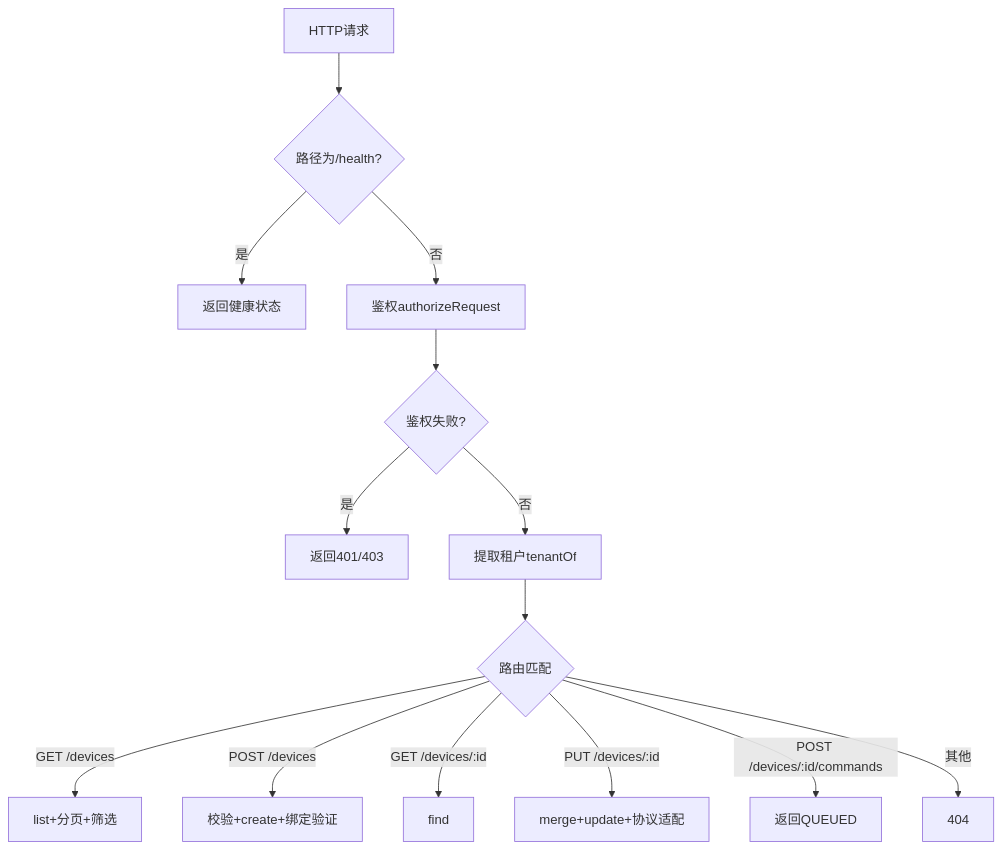
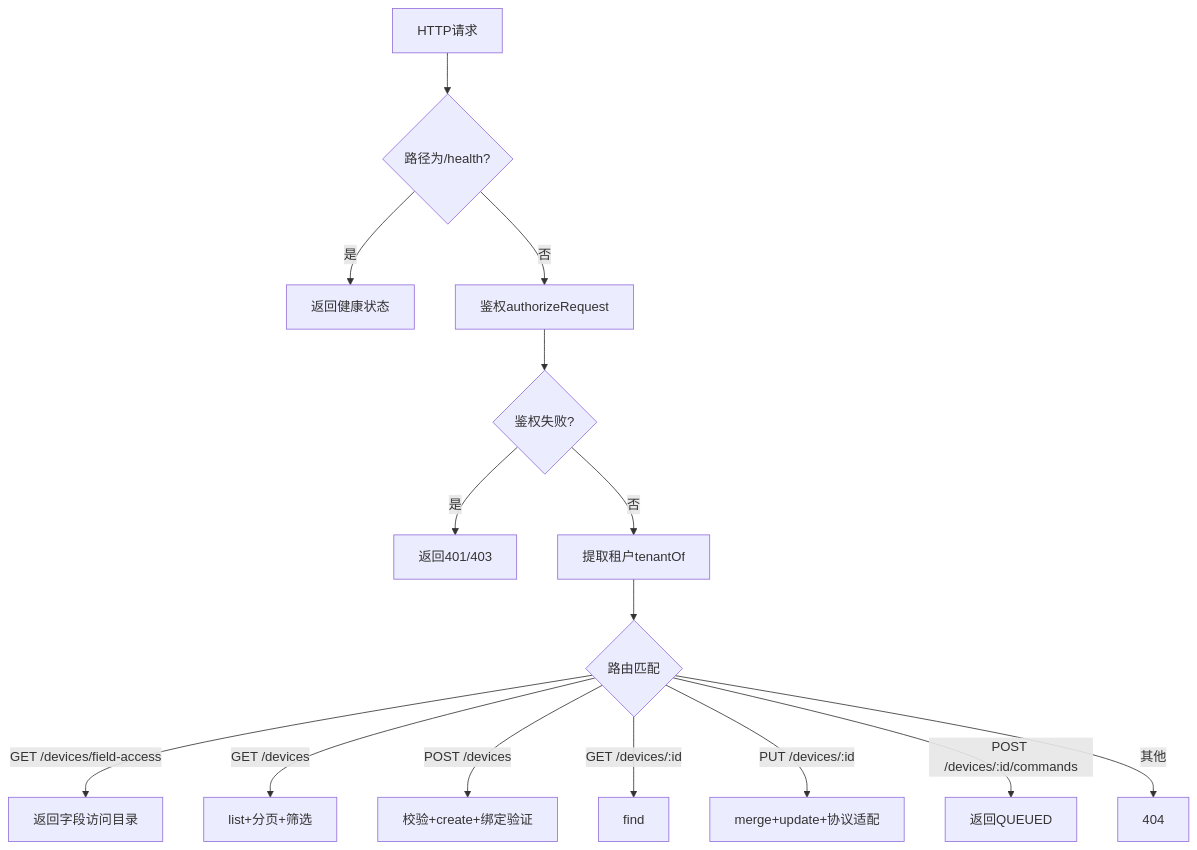
One commit to q446328246/agri-platform changed the seventh of 8 diagrams in .qoder/repowiki/zh/content/核心服务文档/物联网设备管理/Modbus TCP主站通信.md. Above: the diagram before and after it, drawn with Mermaid. The commit also changed other lines of this file and 25 other files, not shown here.

````diff
--- a/.qoder/repowiki/zh/content/核心服务文档/物联网设备管理/Modbus TCP主站通信.md
+++ b/.qoder/repowiki/zh/content/核心服务文档/物联网设备管理/Modbus TCP主站通信.md
@@ -350,16 +375,17 @@
 ```mermaid
 flowchart TD
 Req["HTTP请求"] --> Health{"路径为/health?"}
 Health --> |是| Ok["返回健康状态"]
 Health --> |否| Auth["鉴权authorizeRequest"]
 Auth --> Denied{"鉴权失败?"}
 Denied --> |是| Deny["返回401/403"]
 Denied --> |否| Tenant["提取租户tenantOf"]
 Tenant --> Routes{"路由匹配"}
+Routes --> |GET /devices/field-access| Catalogue["返回字段访问目录"]
 Routes --> |GET /devices| List["list+分页+筛选"]
 Routes --> |POST /devices| Create["校验+create+绑定验证"]
 Routes --> |GET /devices/:id| Detail["find"]
 Routes --> |PUT /devices/:id| Update["merge+update+协议适配"]
 Routes --> |POST /devices/:id/commands| Queue["返回QUEUED"]
 Routes --> |其他| NotFound["404"]
 ```
````
